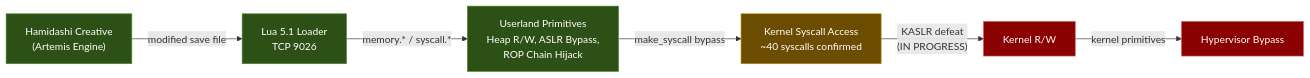
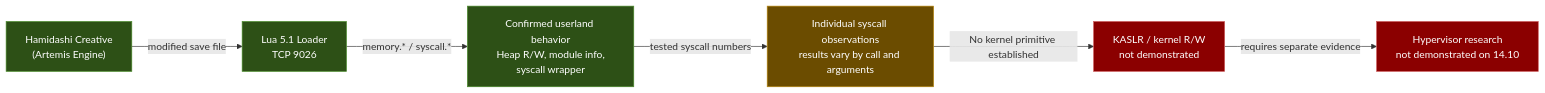
The first of 3 diagrams in README.md (0x7067/PS5-14.10-Research), drawn with Mermaid before and after one commit. The commit also changed other lines of this file and 25 other files, not shown here.

````diff
--- a/README.md
+++ b/README.md
@@ -25,15 +23,15 @@
 ```mermaid
 graph LR
     A["Hamidashi Creative<br/>(Artemis Engine)"] -->|modified save file| B["Lua 5.1 Loader<br/>TCP 9026"]
-    B -->|memory.* / syscall.*| C["Userland Primitives<br/>Heap R/W, ASLR Bypass,<br/>ROP Chain Hijack"]
-    C -->|make_syscall bypass| D["Kernel Syscall Access<br/>~40 syscalls confirmed"]
-    D -->|"KASLR defeat<br/>(IN PROGRESS)"| E["Kernel R/W"]
-    E -->|kernel primitives| F["Hypervisor Bypass"]
+    B -->|memory.* / syscall.*| C["Confirmed userland behavior<br/>Heap R/W, module info,<br/>syscall wrapper"]
+    C -->|tested syscall numbers| D["Individual syscall observations<br/>results vary by call and arguments"]
+    D -->|"No kernel primitive established"| E["KASLR / kernel R/W<br/>not demonstrated"]
+    E -->|requires separate evidence| F["Hypervisor research<br/>not demonstrated on 14.10"]
 
     style A fill:#2d5016,stroke:#4a8c2a,color:#fff
     style B fill:#2d5016,stroke:#4a8c2a,color:#fff
     style C fill:#2d5016,stroke:#4a8c2a,color:#fff
     style D fill:#6b4c00,stroke:#b8860b,color:#fff
     style E fill:#8b0000,stroke:#cd5c5c,color:#fff
     style F fill:#8b0000,stroke:#cd5c5c,color:#fff
 ```
````
